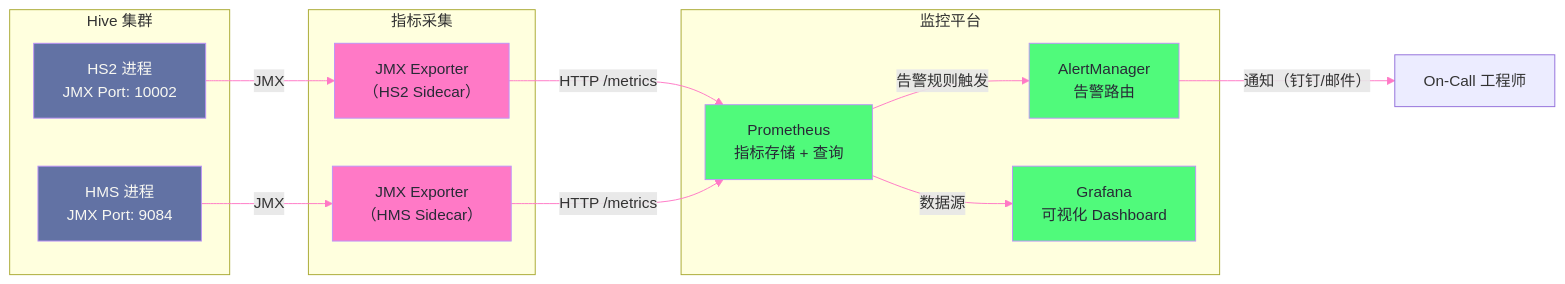
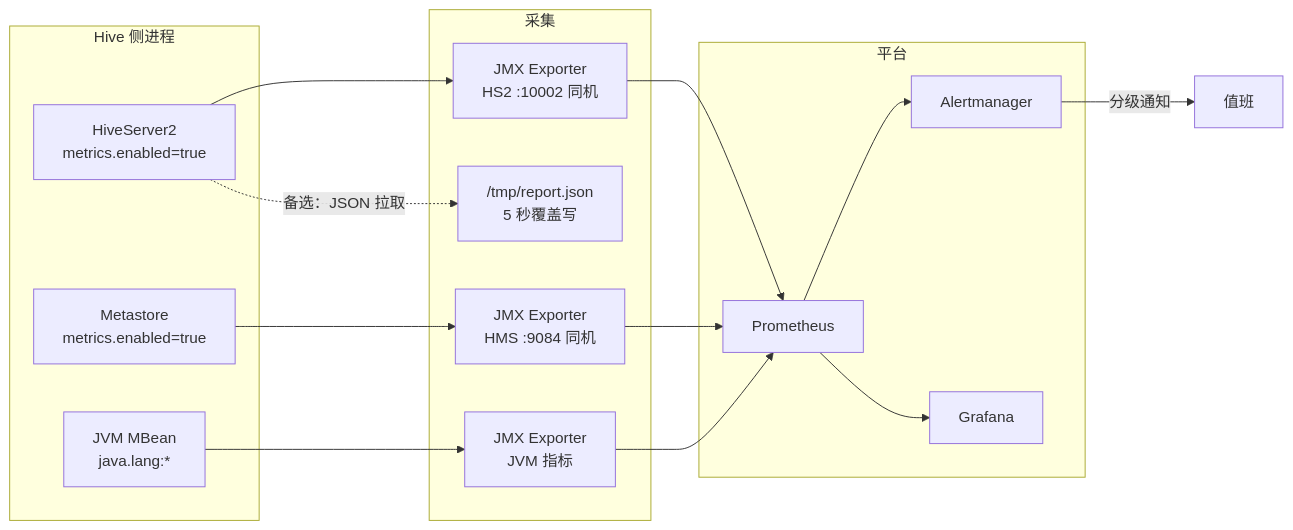
The fourth of 4 diagrams in content/大数据/Hive/11 生产运维：Kerberos 认证、连接池与监控体系.md (hpliStartAgain/my-brain), drawn with Mermaid before and after one commit. The commit also changed other lines of this file and 455 other files, not shown here.

````diff
--- a/content/大数据/Hive/11 生产运维：Kerberos 认证、连接池与监控体系.md
+++ b/content/大数据/Hive/11 生产运维：Kerberos 认证、连接池与监控体系.md
@@ -425,34 +563,30 @@
 ```mermaid
-%%{init: {"theme": "dracula", "themeVariables": {"primaryColor": "#6272a4", "primaryTextColor": "#f8f8f2", "lineColor": "#ff79c6"}}}%%
-graph LR
-    subgraph HIVE["Hive 集群"]
-        HS2["HS2 进程</br>JMX Port: 10002"]
-        HMS["HMS 进程</br>JMX Port: 9084"]
+%%{init: {'theme': 'dracula'}}%%
+flowchart LR
+    subgraph P["Hive 侧进程"]
+        HS2["HiveServer2<br/>metrics.enabled=true"]
+        HMS["Metastore<br/>metrics.enabled=true"]
+        JVM["JVM MBean<br/>java.lang:*"]
     end
-
-    subgraph EXPORT["指标采集"]
-        JE1["JMX Exporter</br>（HS2 Sidecar）"]
-        JE2["JMX Exporter</br>（HMS Sidecar）"]
+    subgraph E["采集"]
+        JX1["JMX Exporter<br/>HS2 :10002 同机"]
+        JX2["JMX Exporter<br/>HMS :9084 同机"]
+        JX3["JMX Exporter<br/>JVM 指标"]
+        JSON["/tmp/report.json<br/>5 秒覆盖写"]
     end
-
-    subgraph MON["监控平台"]
-        PROM["Prometheus</br>指标存储 + 查询"]
-        ALERT["AlertManager</br>告警路由"]
-        GRAF["Grafana</br>可视化 Dashboard"]
+    subgraph M["平台"]
+        PROM["Prometheus"]
+        AM["Alertmanager"]
+        GRAF["Grafana"]
     end
-
-    HS2 -->|"JMX"| JE1
-    HMS -->|"JMX"| JE2
-    JE1 -->|"HTTP /metrics"| PROM
-    JE2 -->|"HTTP /metrics"| PROM
-    PROM -->|"告警规则触发"| ALERT
-    PROM -->|"数据源"| GRAF
-    ALERT -->|"通知（钉钉/邮件）"| NOTIF["On-Call 工程师"]
-
-    classDef hive fill:#6272a4,stroke:#bd93f9,color:#f8f8f2
-    classDef export fill:#ff79c6,stroke:#bd93f9,color:#282a36
-    classDef mon fill:#50fa7b,stroke:#bd93f9,color:#282a36
-    class HS2,HMS hive
-    class JE1,JE2 export
-    class PROM,ALERT,GRAF mon
+    HS2 --> JX1
+    HMS --> JX2
+    JVM --> JX3
+    HS2 -.->|"备选：JSON 拉取"| JSON
+    JX1 --> PROM
+    JX2 --> PROM
+    JX3 --> PROM
+    PROM --> AM
+    PROM --> GRAF
+    AM -->|"分级通知"| OC["值班"]
 ```
````
